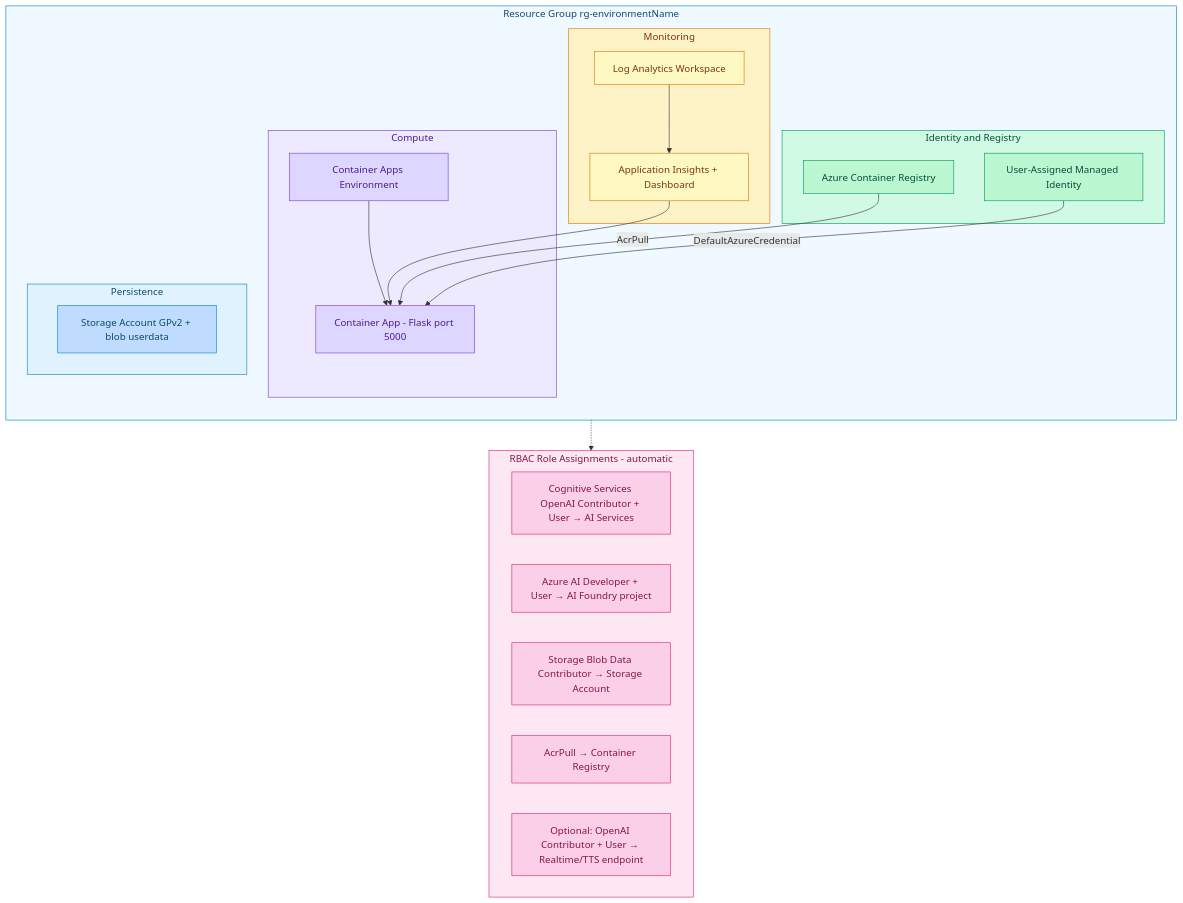
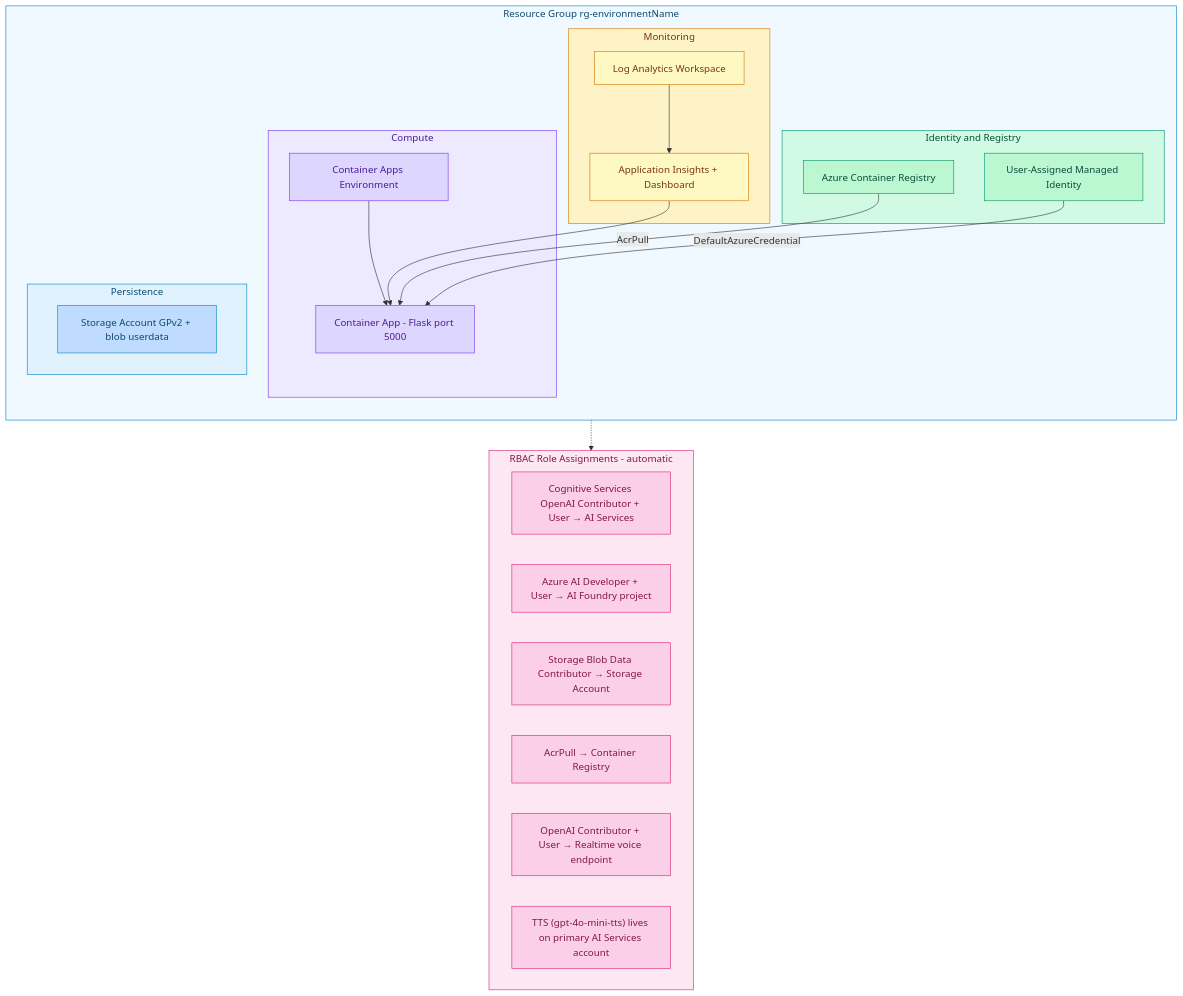
Before and after one commit to aiappsgbb/AOAI-models-migration: the third of 4 diagrams in model_migration_eval/README.md, drawn with Mermaid. The commit also changed other lines of this file and 20 other files, not shown here.

Commit message:
add cost estimation for gpt-realtime-x models

````diff
--- a/model_migration_eval/README.md
+++ b/model_migration_eval/README.md
@@ -1996,60 +2007,62 @@
 ```mermaid
 flowchart TB
     subgraph RG["Resource Group rg-environmentName"]
         direction TB
 
         subgraph MONITOR["Monitoring"]
             LOG["Log Analytics Workspace"]
             AI["Application Insights + Dashboard"]
         end
 
         subgraph COMPUTE["Compute"]
             CAE["Container Apps Environment"]
             CA["Container App - Flask port 5000"]
             CAE --> CA
         end
 
         subgraph IDENTITY["Identity and Registry"]
             ACR["Azure Container Registry"]
             MI["User-Assigned Managed Identity"]
         end
 
         subgraph STORAGE["Persistence"]
             SA["Storage Account GPv2 + blob userdata"]
         end
 
         LOG --> AI
         AI --> CA
         ACR -- "AcrPull" --> CA
         MI -- "DefaultAzureCredential" --> CA
     end
 
     subgraph RBAC["RBAC Role Assignments - automatic"]
         R1["Cognitive Services OpenAI Contributor + User → AI Services"]
         R2["Azure AI Developer + User → AI Foundry project"]
         R3["Storage Blob Data Contributor → Storage Account"]
         R4["AcrPull → Container Registry"]
-        R5["Optional: OpenAI Contributor + User → Realtime/TTS endpoint"]
+        R5["OpenAI Contributor + User → Realtime voice endpoint"]
+        R6["TTS (gpt-4o-mini-tts) lives on primary AI Services account"]
     end
 
     MI -.-> RBAC
 
     style RG fill:#f0f9ff,stroke:#0284c7,color:#0c4a6e
     style MONITOR fill:#fef3c7,stroke:#d97706,color:#78350f
     style LOG fill:#fef9c3,stroke:#d97706,color:#78350f
     style AI fill:#fef9c3,stroke:#d97706,color:#78350f
     style COMPUTE fill:#ede9fe,stroke:#7c3aed,color:#4c1d95
     style CAE fill:#ddd6fe,stroke:#7c3aed,color:#4c1d95
     style CA fill:#ddd6fe,stroke:#7c3aed,color:#4c1d95
     style IDENTITY fill:#d1fae5,stroke:#059669,color:#064e3b
     style ACR fill:#bbf7d0,stroke:#059669,color:#064e3b
     style MI fill:#bbf7d0,stroke:#059669,color:#064e3b
     style STORAGE fill:#e0f2fe,stroke:#0284c7,color:#0c4a6e
     style SA fill:#bfdbfe,stroke:#0284c7,color:#0c4a6e
     style RBAC fill:#fce7f3,stroke:#db2777,color:#831843
     style R1 fill:#fbcfe8,stroke:#db2777,color:#831843
     style R2 fill:#fbcfe8,stroke:#db2777,color:#831843
     style R3 fill:#fbcfe8,stroke:#db2777,color:#831843
     style R4 fill:#fbcfe8,stroke:#db2777,color:#831843
     style R5 fill:#fbcfe8,stroke:#db2777,color:#831843
+    style R6 fill:#fbcfe8,stroke:#db2777,color:#831843
 ```
````
